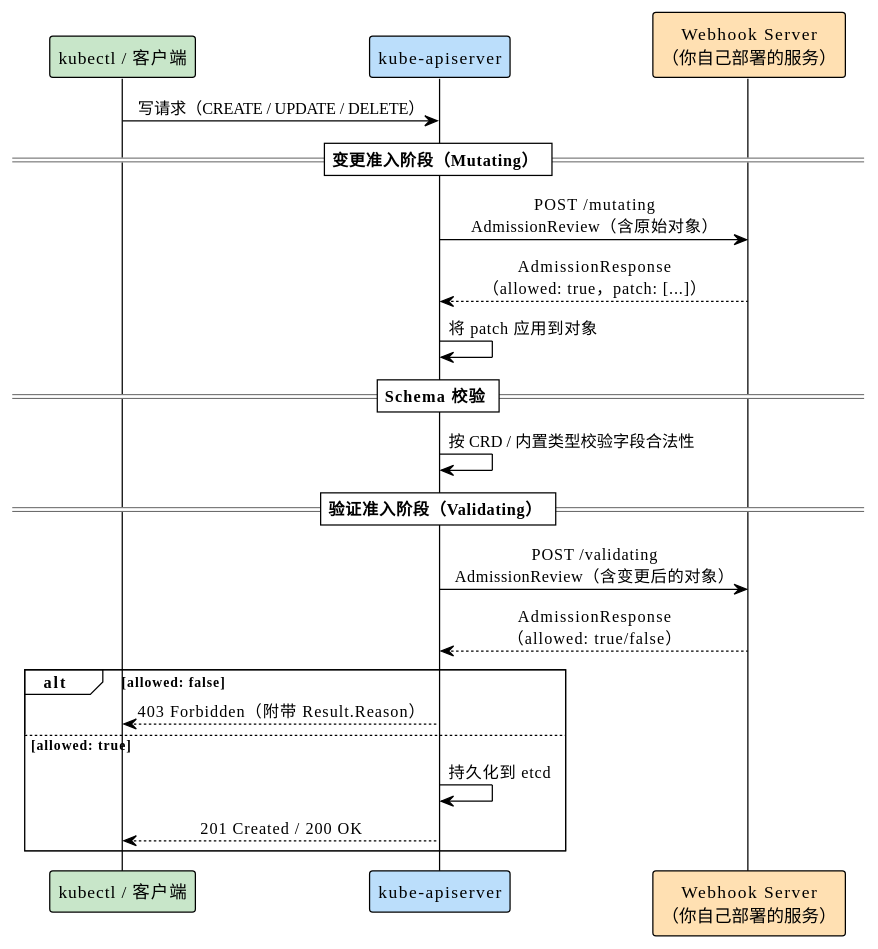
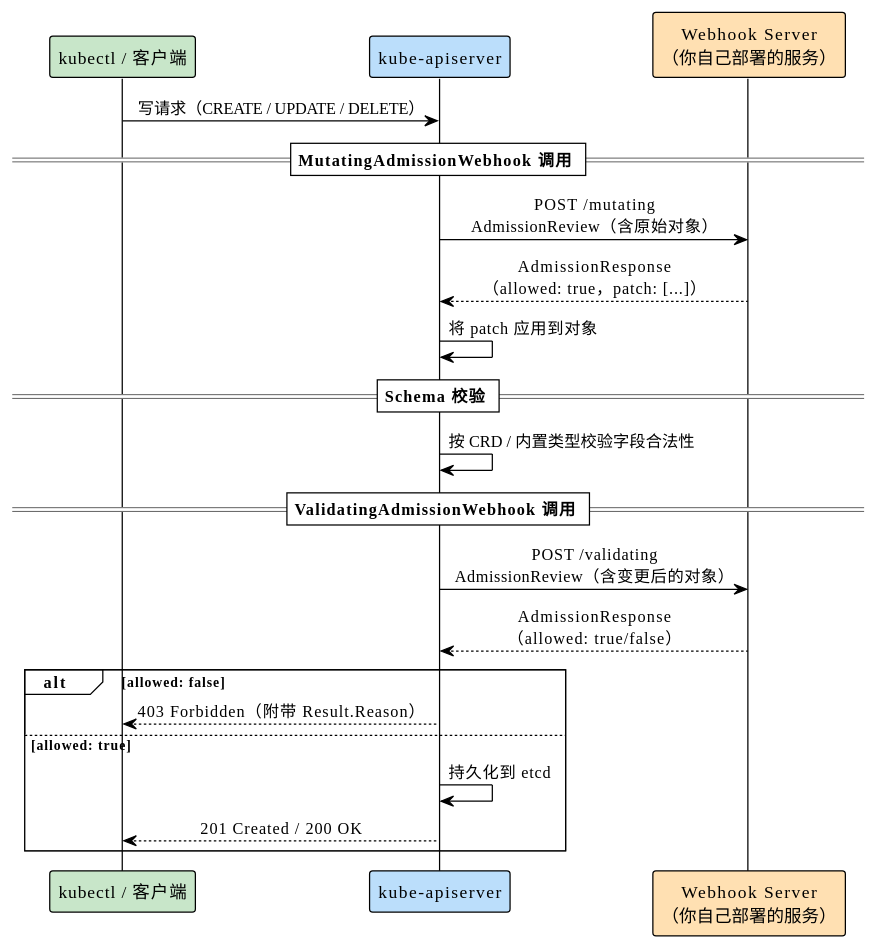
The second of 2 diagrams in content/extensions/admission-control.md (togettoyou/kubernetes-src-notes), drawn with PlantUML before and after one commit. The commit also changed other lines of this file, not shown here.

````diff
--- a/content/extensions/admission-control.md
+++ b/content/extensions/admission-control.md
@@ -55,33 +83,33 @@
 ```plantuml
 @startuml
 !theme plain
 skinparam sequenceMessageAlign center
 skinparam responseMessageBelowArrow true
 skinparam defaultTextAlignment center
 
 participant "kubectl / 客户端" as client #C8E6C9
 participant "kube-apiserver" as api #BBDEFB
 participant "Webhook Server\n（你自己部署的服务）" as webhook #FFE0B2
 
 client -> api : 写请求（CREATE / UPDATE / DELETE）
 
-== 变更准入阶段（Mutating） ==
+== MutatingAdmissionWebhook 调用 ==
 api -> webhook : POST /mutating\nAdmissionReview（含原始对象）
 webhook --> api : AdmissionResponse\n（allowed: true，patch: [...]）
 api -> api : 将 patch 应用到对象
 
 == Schema 校验 ==
 api -> api : 按 CRD / 内置类型校验字段合法性
 
-== 验证准入阶段（Validating） ==
+== ValidatingAdmissionWebhook 调用 ==
 api -> webhook : POST /validating\nAdmissionReview（含变更后的对象）
 webhook --> api : AdmissionResponse\n（allowed: true/false）
 
 alt allowed: false
     api --> client : 403 Forbidden（附带 Result.Reason）
 else allowed: true
     api -> api : 持久化到 etcd
     api --> client : 201 Created / 200 OK
 end
 @enduml
 ```
````
